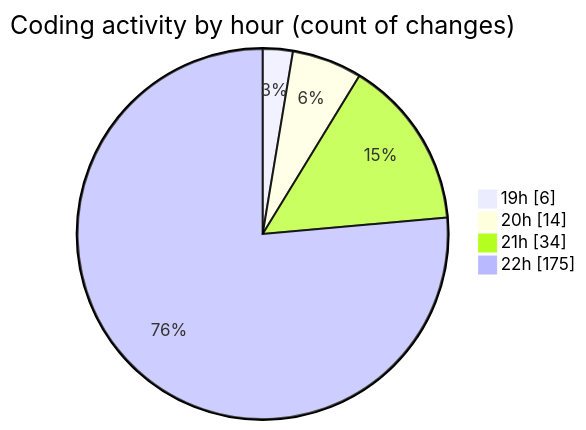
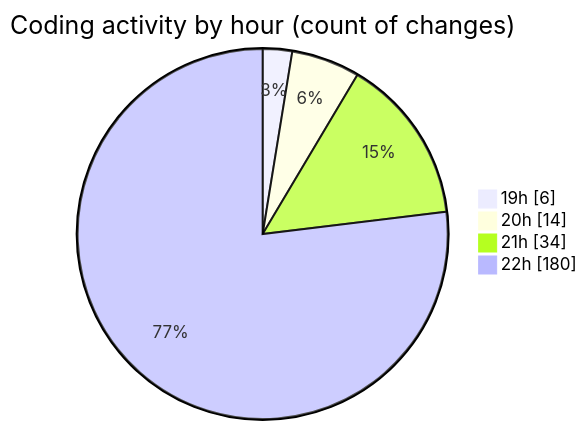
One commit to IJAZ3593/code-tracking changed the second of 2 diagrams in 2025-09-13/new_folder/README.md. Above: the diagram before and after it, drawn with Mermaid. The commit also changed other lines of this file and 1 other file, not shown here.

````diff
--- a/2025-09-13/new_folder/README.md
+++ b/2025-09-13/new_folder/README.md
@@ -35,8 +35,8 @@
 ```mermaid
 pie showData
 title Coding activity by hour (count of changes)
 "19h" : 6
 "20h" : 14
 "21h" : 34
-"22h" : 175
+"22h" : 180
 ```
````
